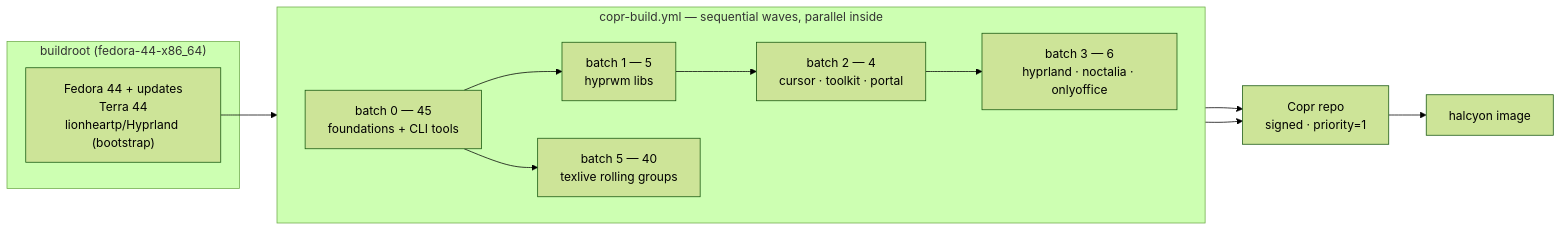
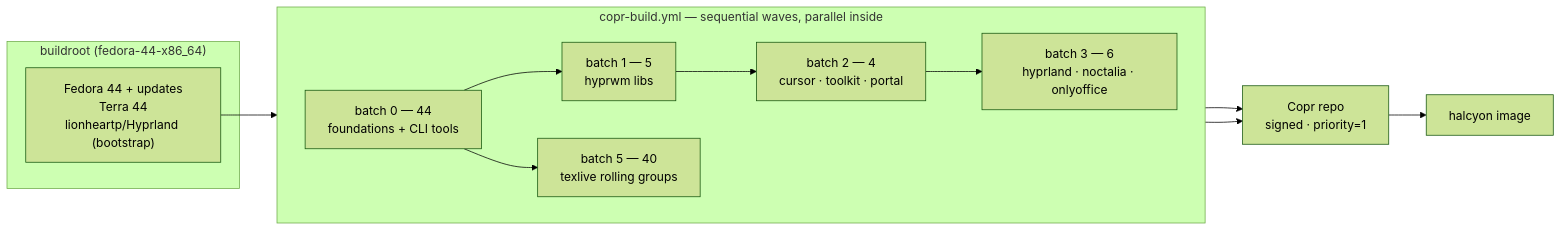
Before and after one commit to aahsnr-work/halcyon-packages: the first of 2 diagrams in README.md, drawn with Mermaid (forest theme). The commit also changed other lines of this file and 6 other files, not shown here.

````diff
--- a/README.md
+++ b/README.md
@@ -43,20 +43,20 @@
 ```mermaid
 flowchart LR
     subgraph buildroot["buildroot (fedora-44-x86_64)"]
         EXT["Fedora 44 + updates<br/>Terra 44<br/>lionheartp/Hyprland (bootstrap)"]
     end
     subgraph waves["copr-build.yml — sequential waves, parallel inside"]
         direction LR
-        B0["batch 0 — 45<br/>foundations + CLI tools"]
+        B0["batch 0 — 44<br/>foundations + CLI tools"]
         B1["batch 1 — 5<br/>hyprwm libs"]
         B2["batch 2 — 4<br/>cursor · toolkit · portal"]
         B3["batch 3 — 6<br/>hyprland · noctalia · onlyoffice"]
         B5["batch 5 — 40<br/>texlive rolling groups"]
     end
     EXT --> B0
     B0 --> B1 --> B2 --> B3
     B0 --> B5
     B3 --> REPO["Copr repo<br/>signed · priority=1"]
     B5 --> REPO
     REPO --> IMG["halcyon image"]
 ```
````
